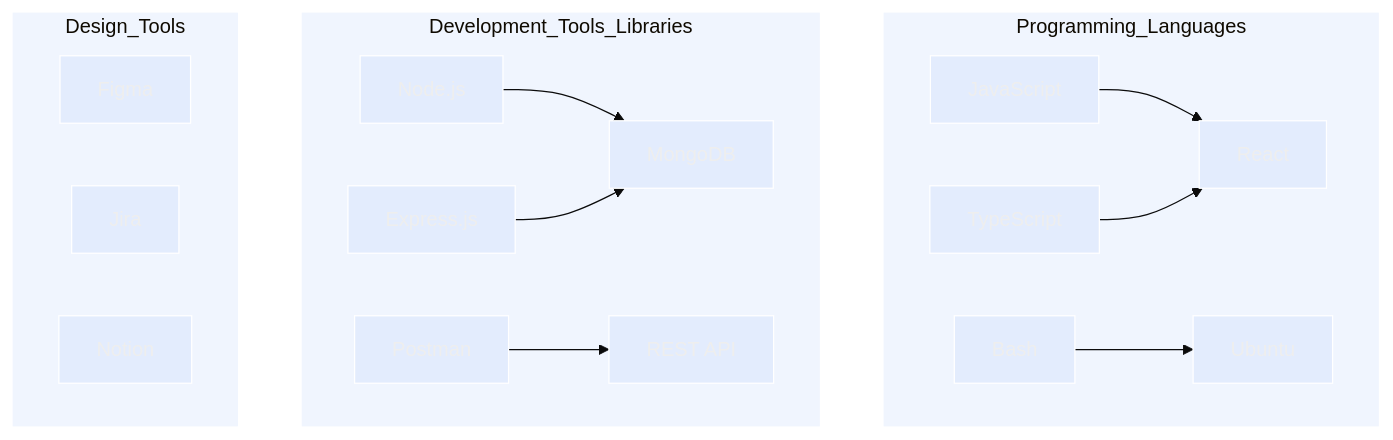
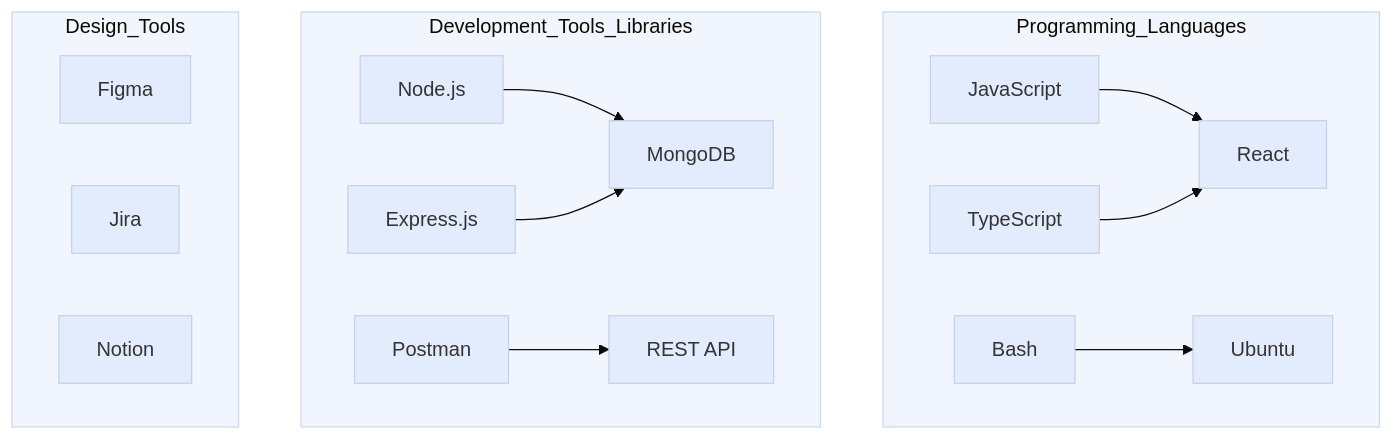
One commit to alejandroo-pc/alejandroo-pc changed the diagram in README.md. Above: the diagram before and after it, drawn with Mermaid.

````diff
--- a/README.md
+++ b/README.md
@@ -11,30 +11,29 @@
 ```mermaid
 %%{
   init: {
     'theme': 'base',
     'themeVariables': {
       'primaryColor': '#E3ECFD',
-      'tertiaryColor': '#F0F5FE',
-      'darkMode': 'true'
+      'tertiaryColor': '#F0F5FE'
     }
   }
 }%%
 graph TD;
     subgraph Programming_Languages
         A[JavaScript] --> B[React]
         C[TypeScript] --> B[React]
         D[Bash] --> E[Ubuntu]
     end
 
     subgraph Development_Tools_Libraries
         F[Node.js] --> G[MongoDB]
         H[Express.js] --> G[MongoDB]
         I[Postman] --> J[REST API]
     end
     
     subgraph Design_Tools
         K[Figma] 
         L[Jira]
         M[Notion]
     end
 ```
````
